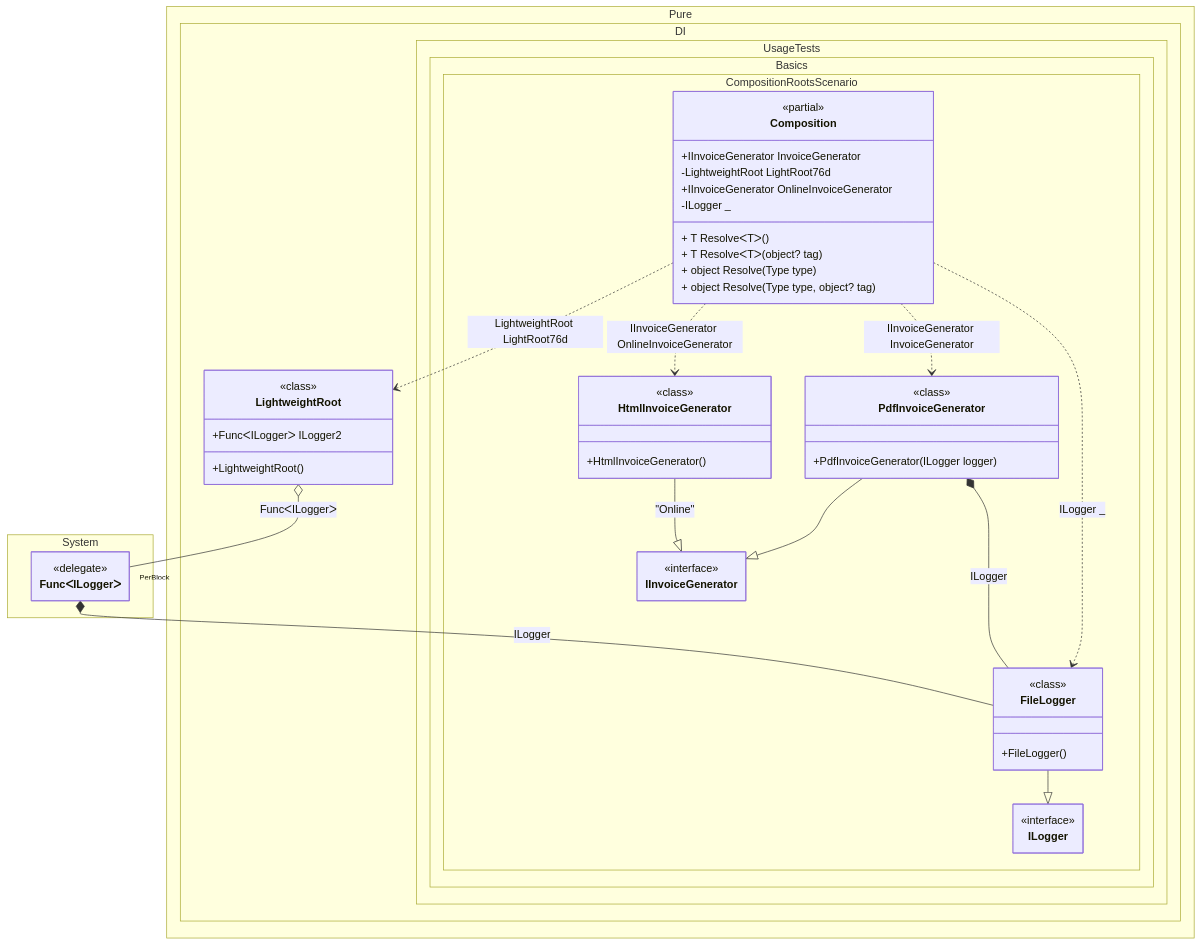
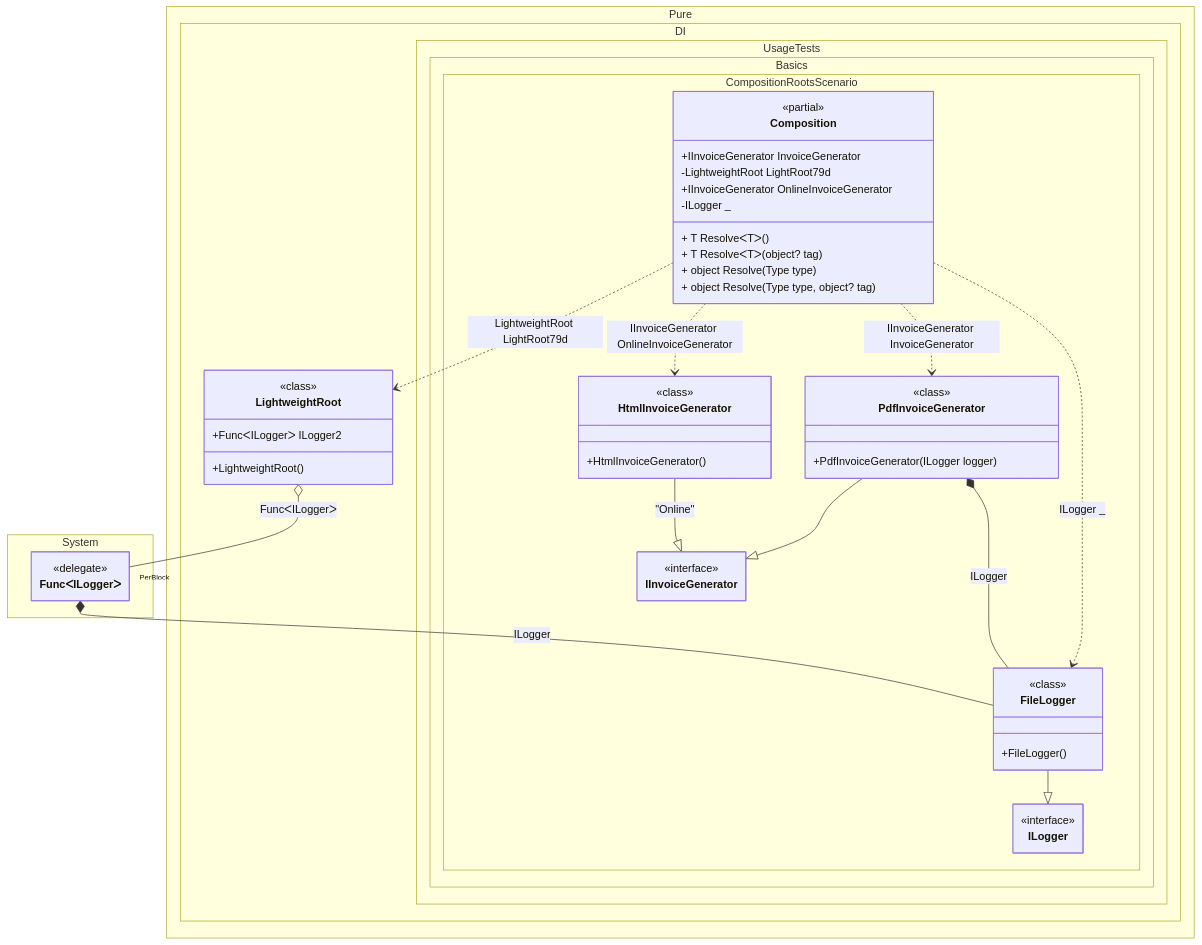
One commit to DevTeam/Pure.DI changed the diagram in readme/composition-roots.md. Above: the diagram before and after it, drawn with Mermaid. The commit also changed other lines of this file and 110 other files, not shown here.

````diff
--- a/readme/composition-roots.md
+++ b/readme/composition-roots.md
@@ -319,63 +319,63 @@
 ```mermaid
 ---
  config:
   maxTextSize: 2147483647
   maxEdges: 2147483647
   class:
    hideEmptyMembersBox: true
 ---
 classDiagram
 	PdfInvoiceGenerator --|> IInvoiceGenerator
 	HtmlInvoiceGenerator --|> IInvoiceGenerator : "Online" 
 	FileLogger --|> ILogger
-	Composition ..> LightweightRoot : LightweightRoot LightRoot76d
+	Composition ..> LightweightRoot : LightweightRoot LightRoot79d
 	Composition ..> HtmlInvoiceGenerator : IInvoiceGenerator OnlineInvoiceGenerator
 	Composition ..> FileLogger : ILogger _
 	Composition ..> PdfInvoiceGenerator : IInvoiceGenerator InvoiceGenerator
 	PdfInvoiceGenerator *--  FileLogger : ILogger
 	LightweightRoot o-- "PerBlock" FuncᐸILoggerᐳ : FuncᐸILoggerᐳ
 	FuncᐸILoggerᐳ *--  FileLogger : ILogger
 	namespace Pure.DI {
 		class LightweightRoot {
 				<<class>>
 			+LightweightRoot()
 			+FuncᐸILoggerᐳ ILogger2
 		}
 	}
 	namespace Pure.DI.UsageTests.Basics.CompositionRootsScenario {
 		class Composition {
 		<<partial>>
 		+IInvoiceGenerator InvoiceGenerator
-		-LightweightRoot LightRoot76d
+		-LightweightRoot LightRoot79d
 		+IInvoiceGenerator OnlineInvoiceGenerator
 		-ILogger _
 		+ T ResolveᐸTᐳ()
 		+ T ResolveᐸTᐳ(object? tag)
 		+ object Resolve(Type type)
 		+ object Resolve(Type type, object? tag)
 		}
 		class FileLogger {
 				<<class>>
 			+FileLogger()
 		}
 		class HtmlInvoiceGenerator {
 				<<class>>
 			+HtmlInvoiceGenerator()
 		}
 		class IInvoiceGenerator {
 			<<interface>>
 		}
 		class ILogger {
 			<<interface>>
 		}
 		class PdfInvoiceGenerator {
 				<<class>>
 			+PdfInvoiceGenerator(ILogger logger)
 		}
 	}
 	namespace System {
 		class FuncᐸILoggerᐳ {
 				<<delegate>>
 		}
 	}
 ```
````
